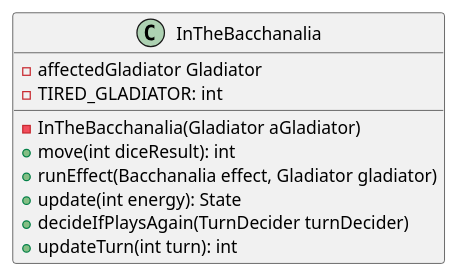
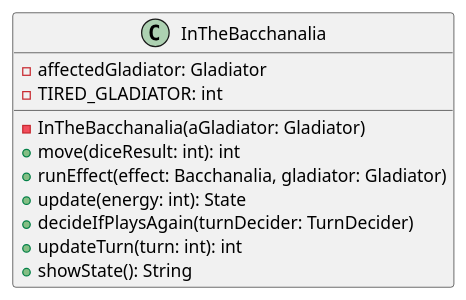
One commit to PabloGCH/tp2-algo3 changed the diagram in diagrams/classes/State/InTheBacchanalia.plantuml. Above: the diagram before and after it, drawn with PlantUML. The commit also changed 66 other files, not shown here.

```diff
--- a/diagrams/classes/State/InTheBacchanalia.plantuml
+++ b/diagrams/classes/State/InTheBacchanalia.plantuml
@@ -1,12 +1,13 @@
 @startuml
 class InTheBacchanalia{
-    -affectedGladiator Gladiator
+    -affectedGladiator: Gladiator
     -TIRED_GLADIATOR: int
-    -InTheBacchanalia(Gladiator aGladiator)
-    +move(int diceResult): int
-    +runEffect(Bacchanalia effect, Gladiator gladiator)
-    +update(int energy): State
-    +decideIfPlaysAgain(TurnDecider turnDecider)
-    +updateTurn(int turn): int
+    -InTheBacchanalia(aGladiator: Gladiator)
+    +move(diceResult: int): int
+    +runEffect(effect: Bacchanalia, gladiator: Gladiator)
+    +update(energy: int): State
+    +decideIfPlaysAgain(turnDecider: TurnDecider)
+    +updateTurn(turn: int): int
+    +showState(): String
 }
 @enduml
```
